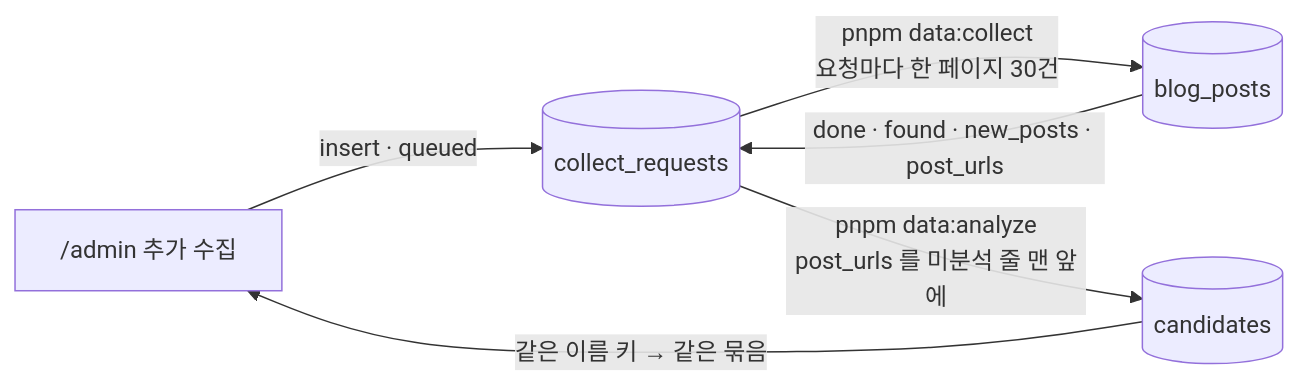
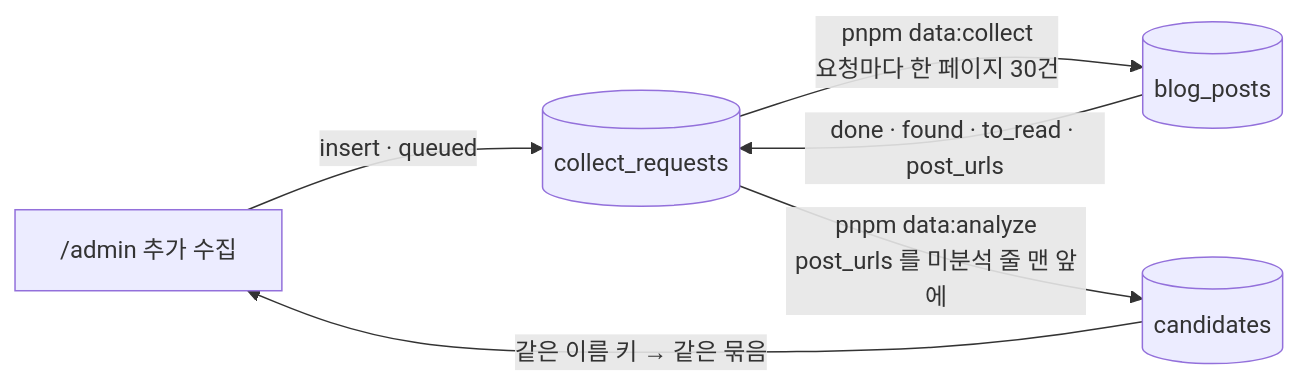
Before and after one commit to hoiya-woohyun/zgnn: the second of 2 diagrams in docs/features/admin-review.md, drawn with Mermaid. The commit also changed other lines of this file and 10 other files, not shown here.

````diff
--- a/docs/features/admin-review.md
+++ b/docs/features/admin-review.md
@@ -670,8 +670,8 @@
 ```mermaid
 flowchart LR
   B["/admin 추가 수집"] -->|insert · queued| R[(collect_requests)]
   R -->|pnpm data:collect<br/>요청마다 한 페이지 30건| P[(blog_posts)]
-  P -->|done · found · new_posts · post_urls| R
+  P -->|done · found · to_read · post_urls| R
   R -->|pnpm data:analyze<br/>post_urls 를 미분석 줄 맨 앞에| C[(candidates)]
   C -->|같은 이름 키 → 같은 묶음| B
 ```
````
